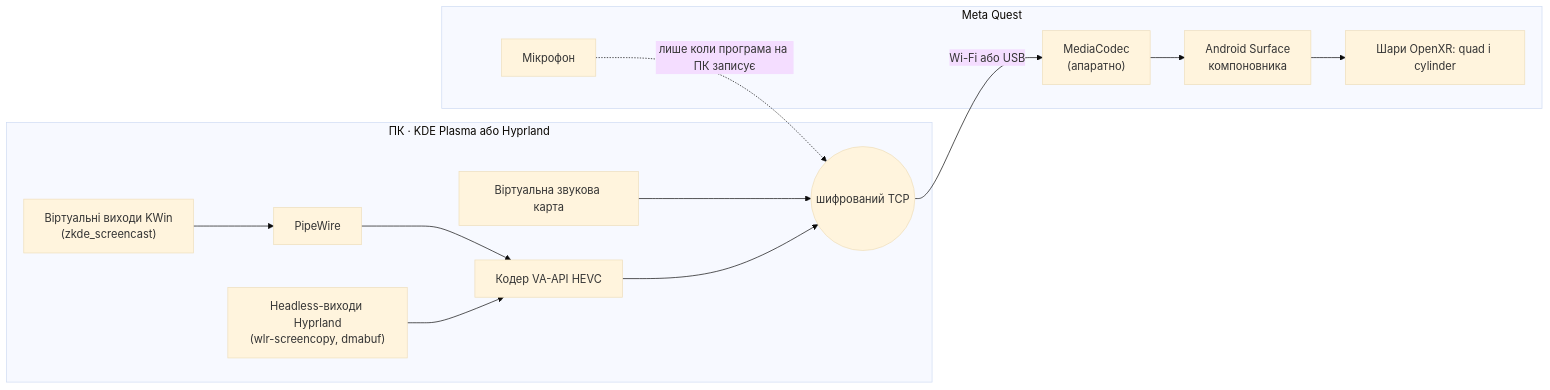
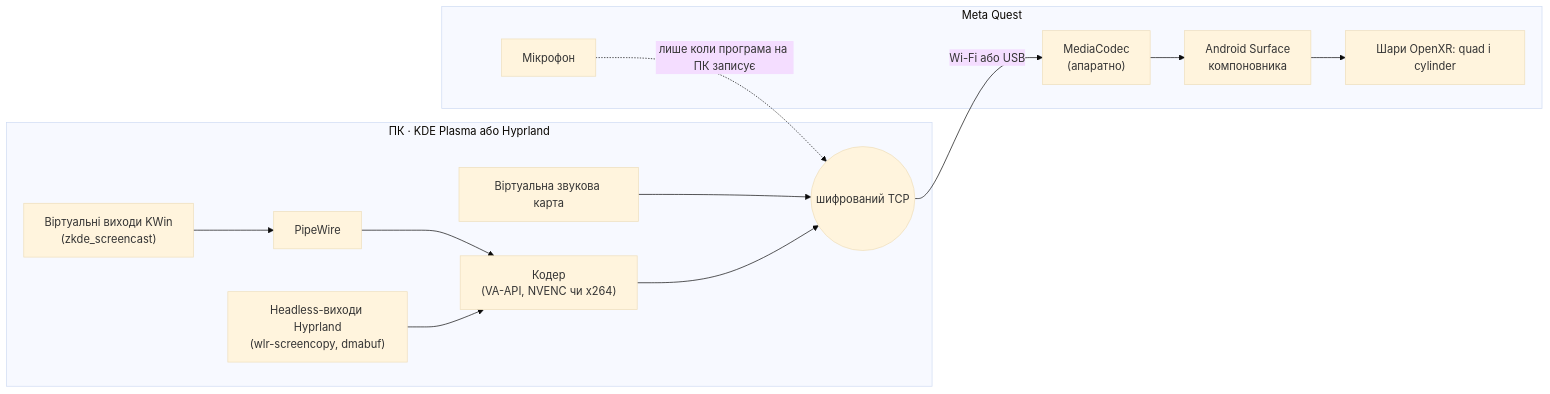
One commit to OlexiyOdarchuk/prostir changed the diagram in README.uk.md. Above: the diagram before and after it, drawn with Mermaid (base theme). The commit also changed other lines of this file and 8 other files, not shown here.

````diff
--- a/README.uk.md
+++ b/README.uk.md
@@ -543,14 +589,14 @@
 ```mermaid
 flowchart LR
   subgraph PC["ПК · KDE Plasma або Hyprland"]
-    KWin["Віртуальні виходи KWin<br/>(zkde_screencast)"] --> PW[PipeWire] --> Enc["Кодер VA-API HEVC"]
+    KWin["Віртуальні виходи KWin<br/>(zkde_screencast)"] --> PW[PipeWire] --> Enc["Кодер<br/>(VA-API, NVENC чи x264)"]
     Hypr["Headless-виходи Hyprland<br/>(wlr-screencopy, dmabuf)"] --> Enc
     Snd["Віртуальна звукова карта"] --> Net
     Enc --> Net(("шифрований TCP"))
   end
   Net -- "Wi-Fi або USB" --> Dec
   subgraph Quest["Meta Quest"]
     Dec["MediaCodec<br/>(апаратно)"] --> Surf["Android Surface<br/>компоновника"] --> Layer["Шари OpenXR: quad і cylinder"]
     Mic["Мікрофон"] -. "лише коли програма на ПК записує" .-> Net
   end
 ```
````
